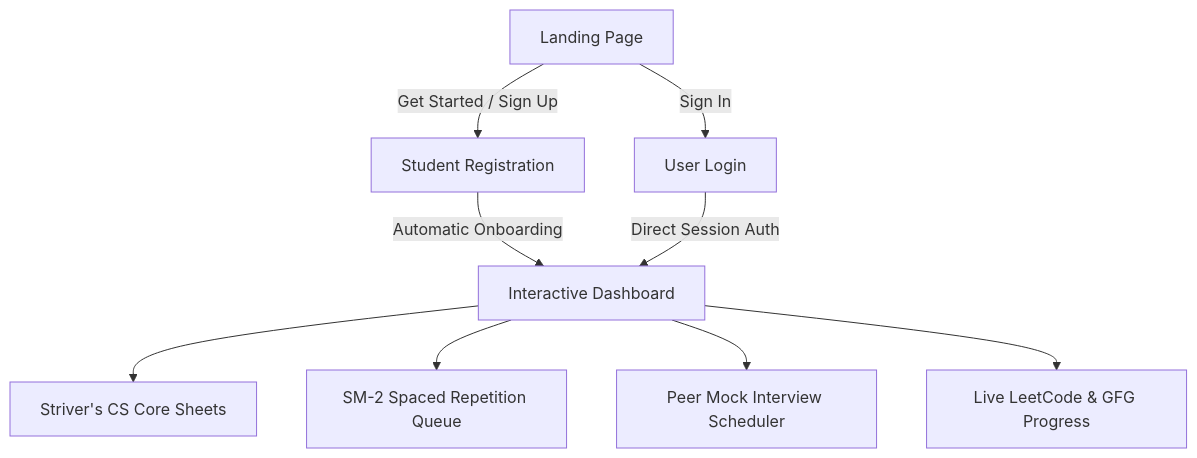
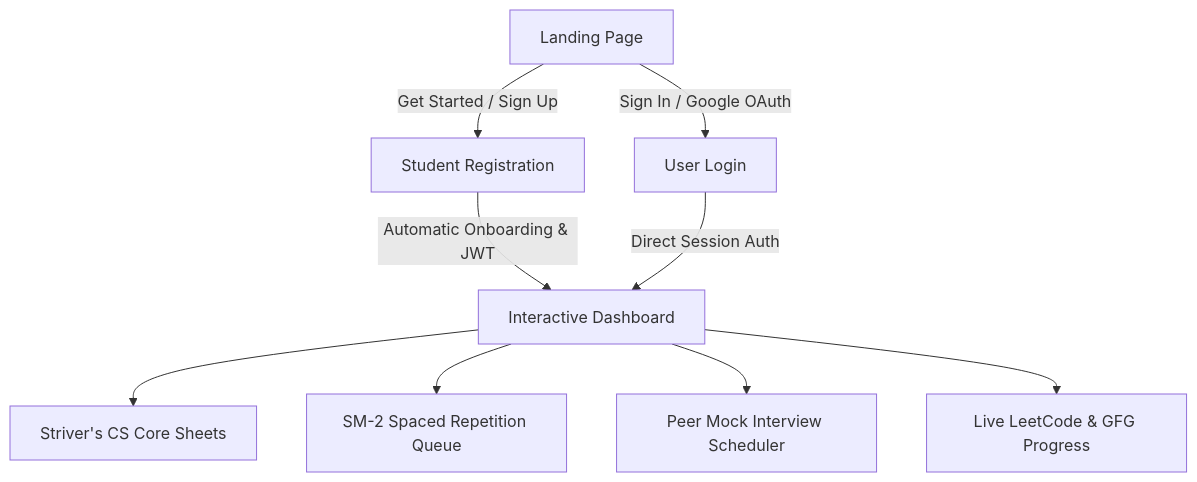
The second of 2 diagrams in README.md (AnuragGoyal007/prep-loop), drawn with Mermaid before and after one commit. The commit also changed other lines of this file and 9 other files, not shown here.

Commit message:
docs: update README for Phase 2 full-stack architecture, API docs, and fix asset image paths

````diff
--- a/README.md
+++ b/README.md
@@ -13,11 +62,11 @@
 ```mermaid
 graph TD
     A[Landing Page] -->|Get Started / Sign Up| B[Student Registration]
-    A -->|Sign In| C[User Login]
-    B -->|Automatic Onboarding| D[Interactive Dashboard]
+    A -->|Sign In / Google OAuth| C[User Login]
+    B -->|Automatic Onboarding & JWT| D[Interactive Dashboard]
     C -->|Direct Session Auth| D
     D --> E[Striver's CS Core Sheets]
     D --> F[SM-2 Spaced Repetition Queue]
     D --> G[Peer Mock Interview Scheduler]
     D --> H[Live LeetCode & GFG Progress]
 ```
````
